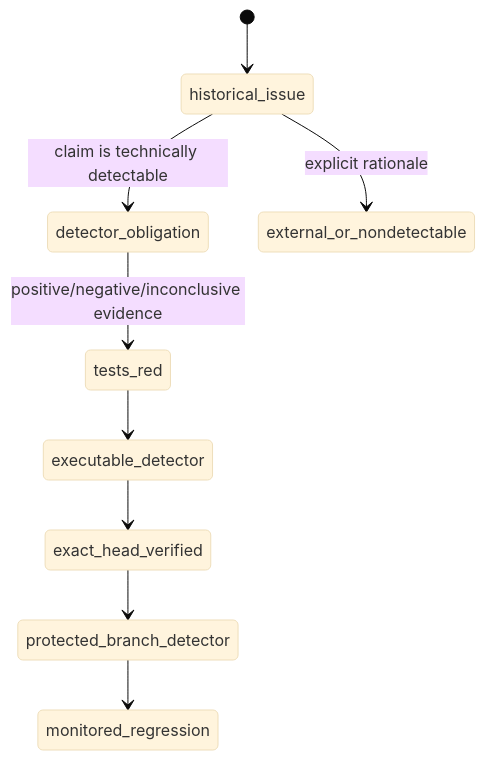
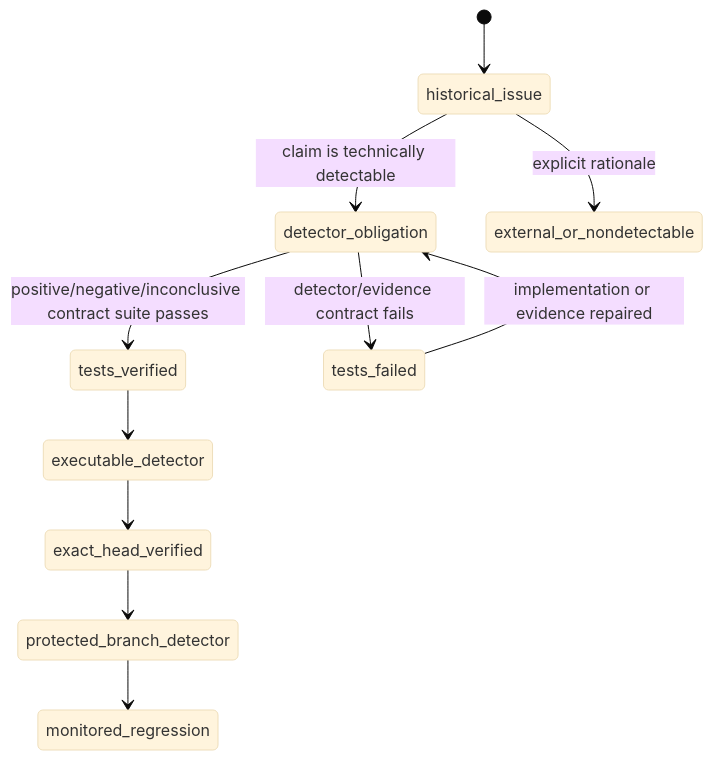
The fifth of 7 diagrams in docs/UML.md (ContextualWisdomLab/appguardrail), drawn with Mermaid (base theme) before and after one commit. The commit also changed other lines of this file, not shown here.

Commit message:
docs: correct detector maturity and webhook delivery flow

````diff
--- a/docs/UML.md
+++ b/docs/UML.md
@@ -98,11 +107,13 @@
 ```mermaid
 stateDiagram-v2
     [*] --> historical_issue
     historical_issue --> detector_obligation: claim is technically detectable
     historical_issue --> external_or_nondetectable: explicit rationale
-    detector_obligation --> tests_red: positive/negative/inconclusive evidence
-    tests_red --> executable_detector
+    detector_obligation --> tests_verified: positive/negative/inconclusive contract suite passes
+    detector_obligation --> tests_failed: detector/evidence contract fails
+    tests_failed --> detector_obligation: implementation or evidence repaired
+    tests_verified --> executable_detector
     executable_detector --> exact_head_verified
     exact_head_verified --> protected_branch_detector
     protected_branch_detector --> monitored_regression
 ```
````
